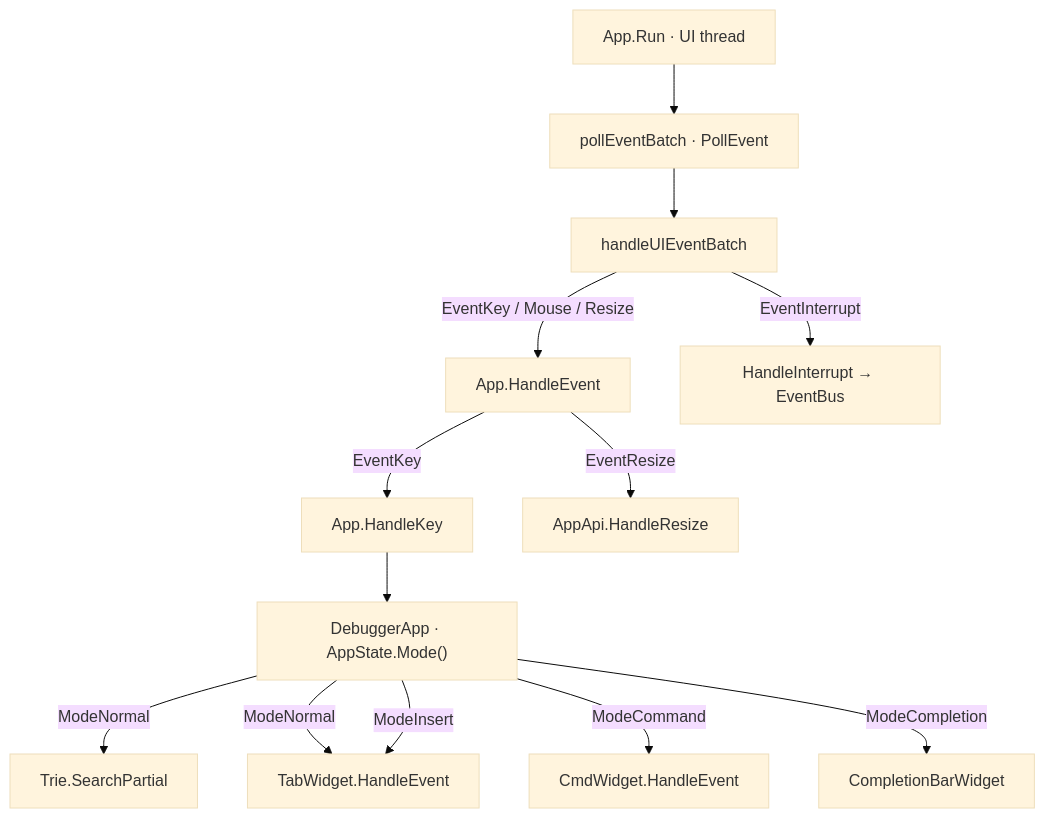
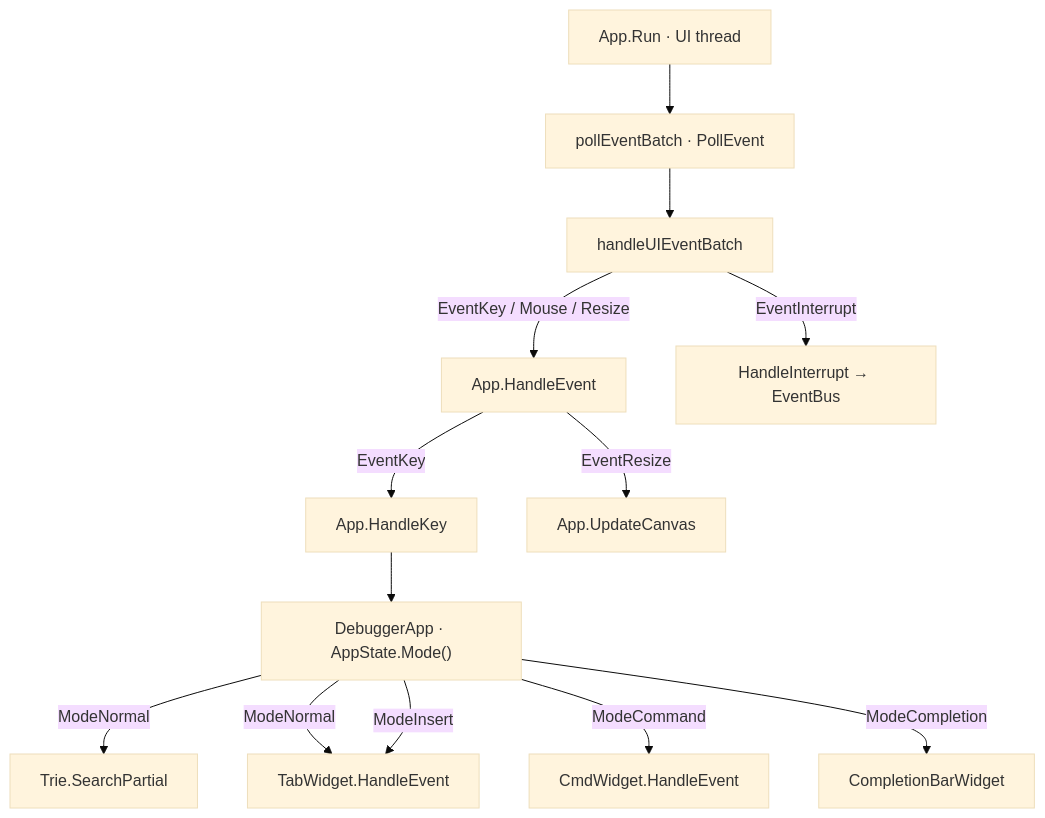
One commit to yairgd/gdbforge changed the second of 4 diagrams in docs/INPUT.md. Above: the diagram before and after it, drawn with Mermaid (base theme). The commit also changed other lines of this file and 10 other files, not shown here.

````diff
--- a/docs/INPUT.md
+++ b/docs/INPUT.md
@@ -102,26 +103,26 @@
 ```mermaid
 flowchart TB
     Select["App.Run · UI thread"]
     Poll["pollEventBatch · PollEvent"]
     Batch["handleUIEventBatch"]
     TermHandler["App.HandleEvent"]
     HandleKey["App.HandleKey"]
-    HandleResize["AppApi.HandleResize"]
+    Resize["App.UpdateCanvas"]
     HandleInt["HandleInterrupt → EventBus"]
     Router["DebuggerApp · AppState.Mode()"]
     Trie["Trie.SearchPartial"]
     Tab["TabWidget.HandleEvent"]
     Cmd["CmdWidget.HandleEvent"]
     Comp["CompletionBarWidget"]
 
     Select --> Poll --> Batch
     Batch -->|"EventKey / Mouse / Resize"| TermHandler
     Batch -->|"EventInterrupt"| HandleInt
     TermHandler -->|"EventKey"| HandleKey --> Router
-    TermHandler -->|"EventResize"| HandleResize
+    TermHandler -->|"EventResize"| Resize
     Router -->|"ModeNormal"| Trie
     Router -->|"ModeNormal"| Tab
     Router -->|"ModeInsert"| Tab
     Router -->|"ModeCommand"| Cmd
     Router -->|"ModeCompletion"| Comp
 ```
````
